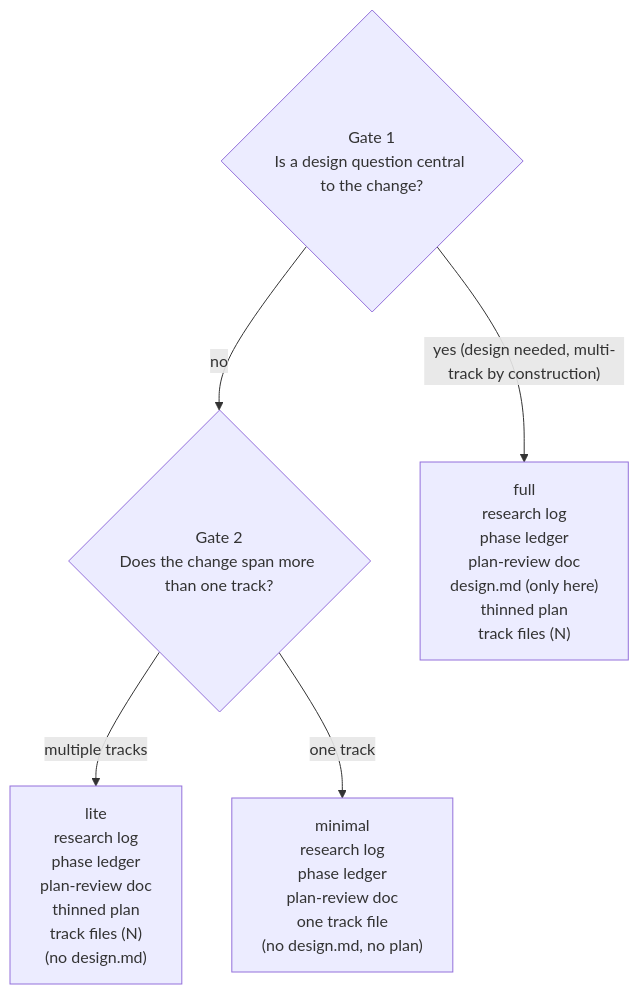
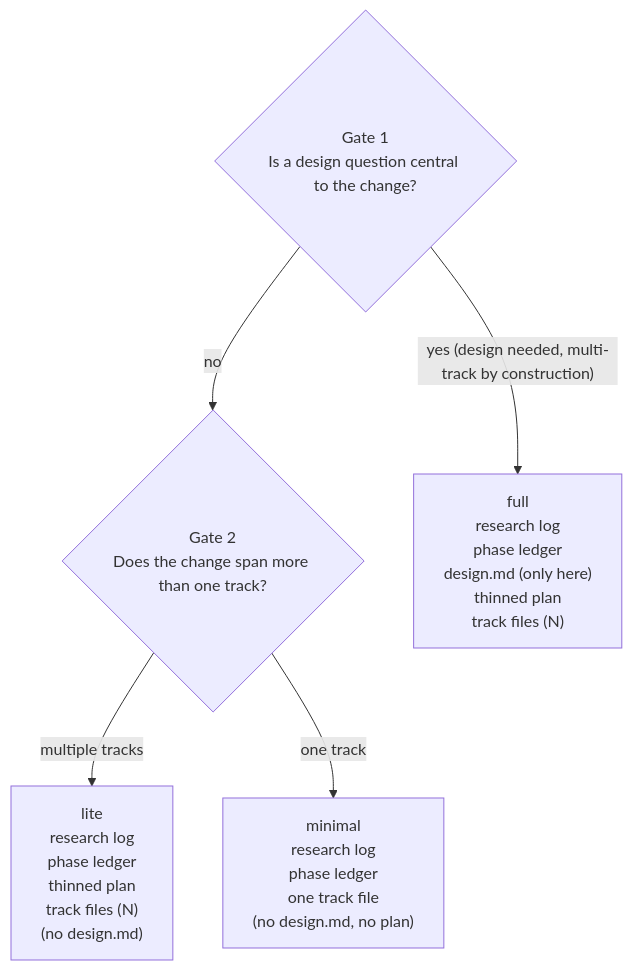
One commit to JetBrains/youtrackdb changed the diagram in docs/workflow-book/chapters/03-tiers-and-the-tier-gate.md. Above: the diagram before and after it, drawn with Mermaid. The commit also changed other lines of this file, not shown here.

First line of the commit message:
Drop plan-review.md from Chapter 3's artifact set

````diff
--- a/docs/workflow-book/chapters/03-tiers-and-the-tier-gate.md
+++ b/docs/workflow-book/chapters/03-tiers-and-the-tier-gate.md
@@ -63,12 +61,12 @@
 ```mermaid
 flowchart TD
   gate1{"Gate 1<br/>Is a design question central to the change?"}
   gate2{"Gate 2<br/>Does the change span more than one track?"}
-  full["full<br/>research log<br/>phase ledger<br/>plan-review doc<br/>design.md (only here)<br/>thinned plan<br/>track files (N)"]
-  lite["lite<br/>research log<br/>phase ledger<br/>plan-review doc<br/>thinned plan<br/>track files (N)<br/>(no design.md)"]
-  minimal["minimal<br/>research log<br/>phase ledger<br/>plan-review doc<br/>one track file<br/>(no design.md, no plan)"]
+  full["full<br/>research log<br/>phase ledger<br/>design.md (only here)<br/>thinned plan<br/>track files (N)"]
+  lite["lite<br/>research log<br/>phase ledger<br/>thinned plan<br/>track files (N)<br/>(no design.md)"]
+  minimal["minimal<br/>research log<br/>phase ledger<br/>one track file<br/>(no design.md, no plan)"]
   gate1 -->|"yes (design needed, multi-track by construction)"| full
   gate1 -->|"no"| gate2
   gate2 -->|"multiple tracks"| lite
   gate2 -->|"one track"| minimal
 ```
````
